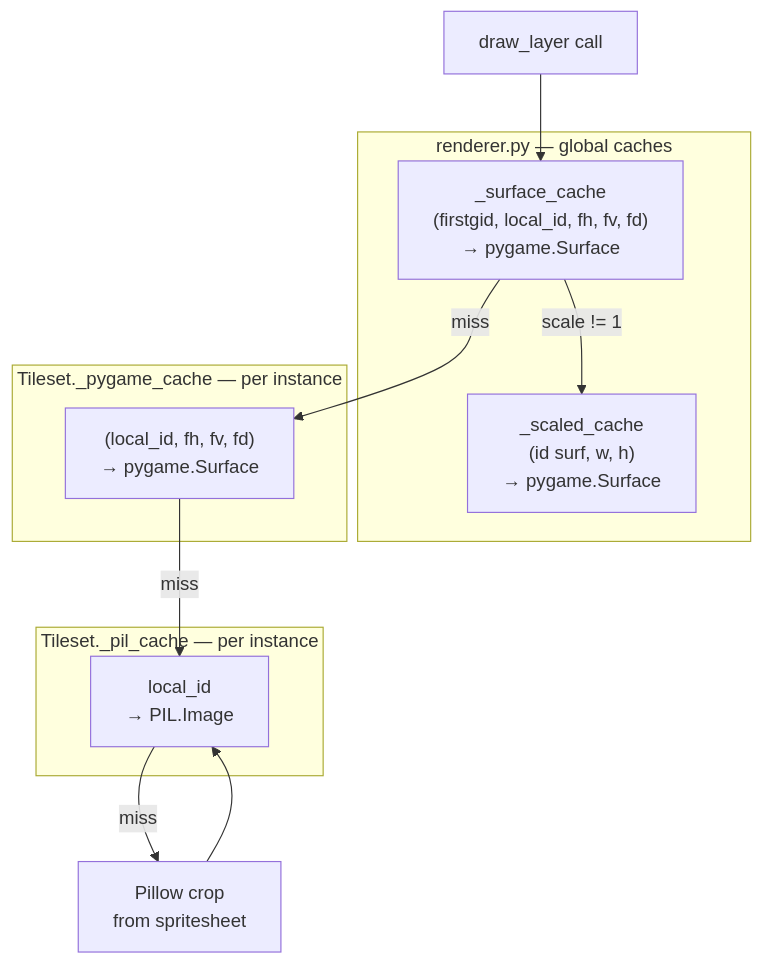
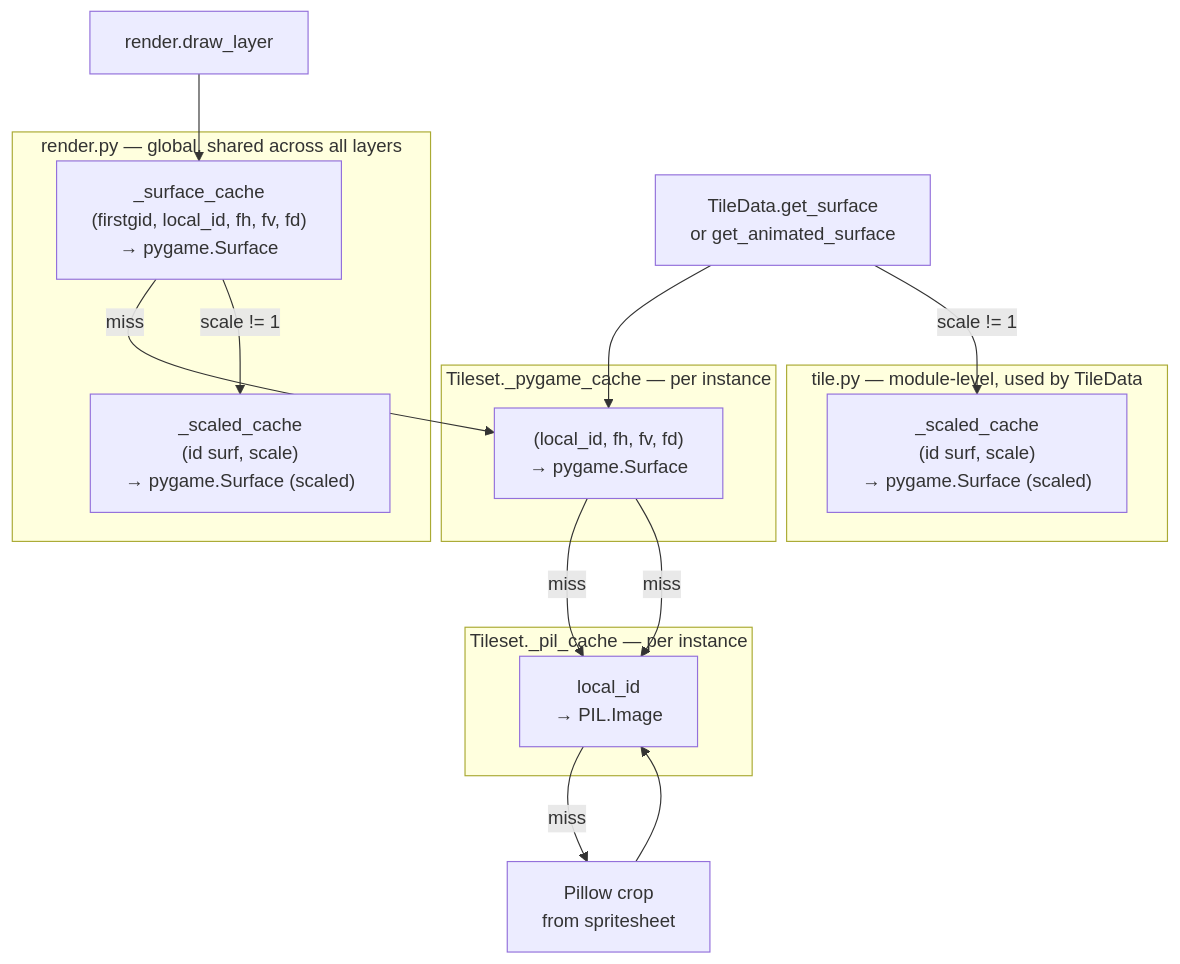
The third of 3 diagrams in docs/architecture.md (Aouei/tiledpy), drawn with Mermaid before and after one commit. The commit also changed other lines of this file and 9 other files, not shown here.

````diff
--- a/docs/architecture.md
+++ b/docs/architecture.md
@@ -212,23 +237,30 @@
 ```mermaid
 flowchart TD
-    subgraph "renderer.py — global caches"
+    subgraph "render.py — global, shared across all layers"
         SC["_surface_cache\n(firstgid, local_id, fh, fv, fd)\n→ pygame.Surface"]
-        KC["_scaled_cache\n(id surf, w, h)\n→ pygame.Surface"]
+        KC["_scaled_cache\n(id surf, scale)\n→ pygame.Surface (scaled)"]
+    end
+
+    subgraph "tile.py — module-level, used by TileData"
+        DC["_scaled_cache\n(id surf, scale)\n→ pygame.Surface (scaled)"]
     end
 
     subgraph "Tileset._pygame_cache — per instance"
         TC["(local_id, fh, fv, fd)\n→ pygame.Surface"]
     end
 
     subgraph "Tileset._pil_cache — per instance"
         PC["local_id\n→ PIL.Image"]
     end
 
-    R[draw_layer call] --> SC
+    R1[render.draw_layer] --> SC
     SC -- miss --> TC
     TC -- miss --> PC
     PC -- miss --> CROP[Pillow crop\nfrom spritesheet]
     CROP --> PC
+    SC -- scale != 1 --> KC
 
-    SC -- scale != 1 --> KC
+    R2[TileData.get_surface\nor get_animated_surface] --> TC
+    TC -- miss --> PC
+    R2 -- scale != 1 --> DC
 ```
````
